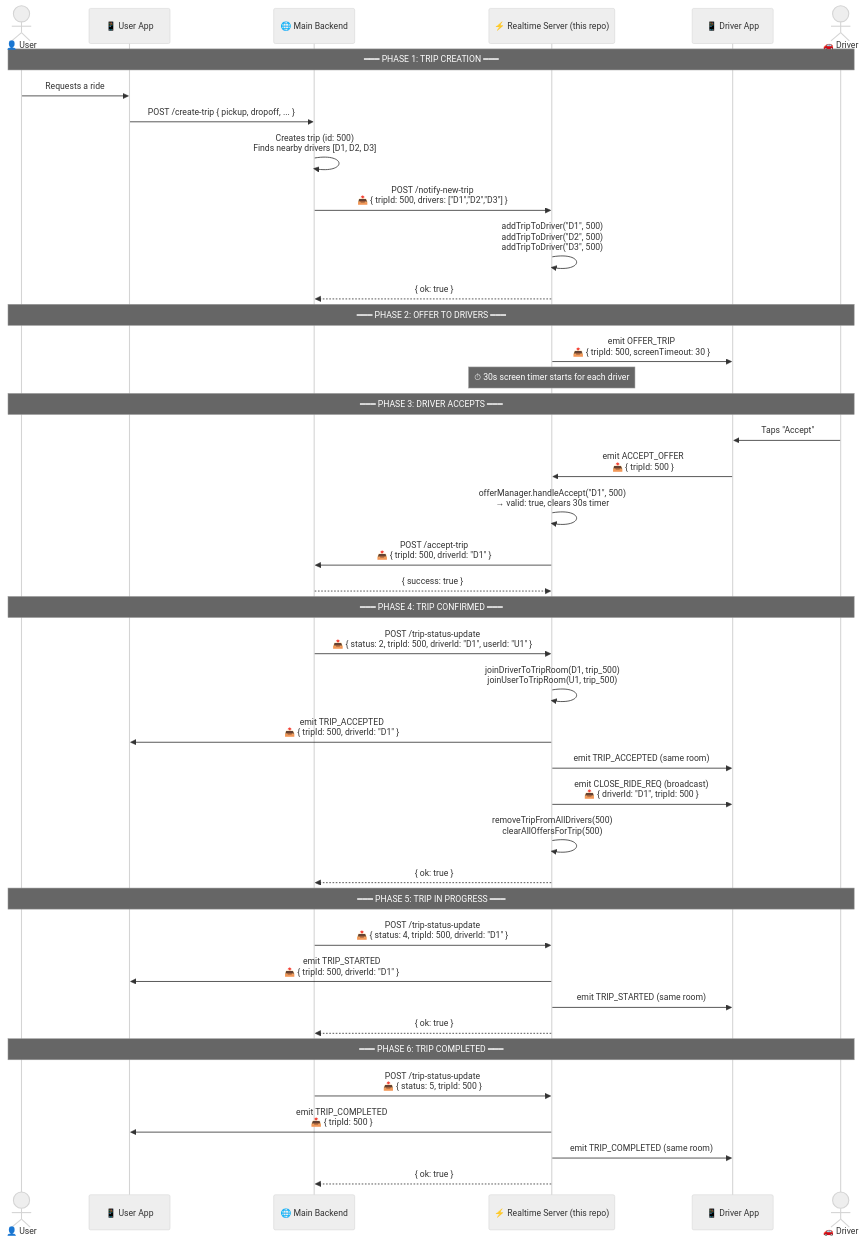
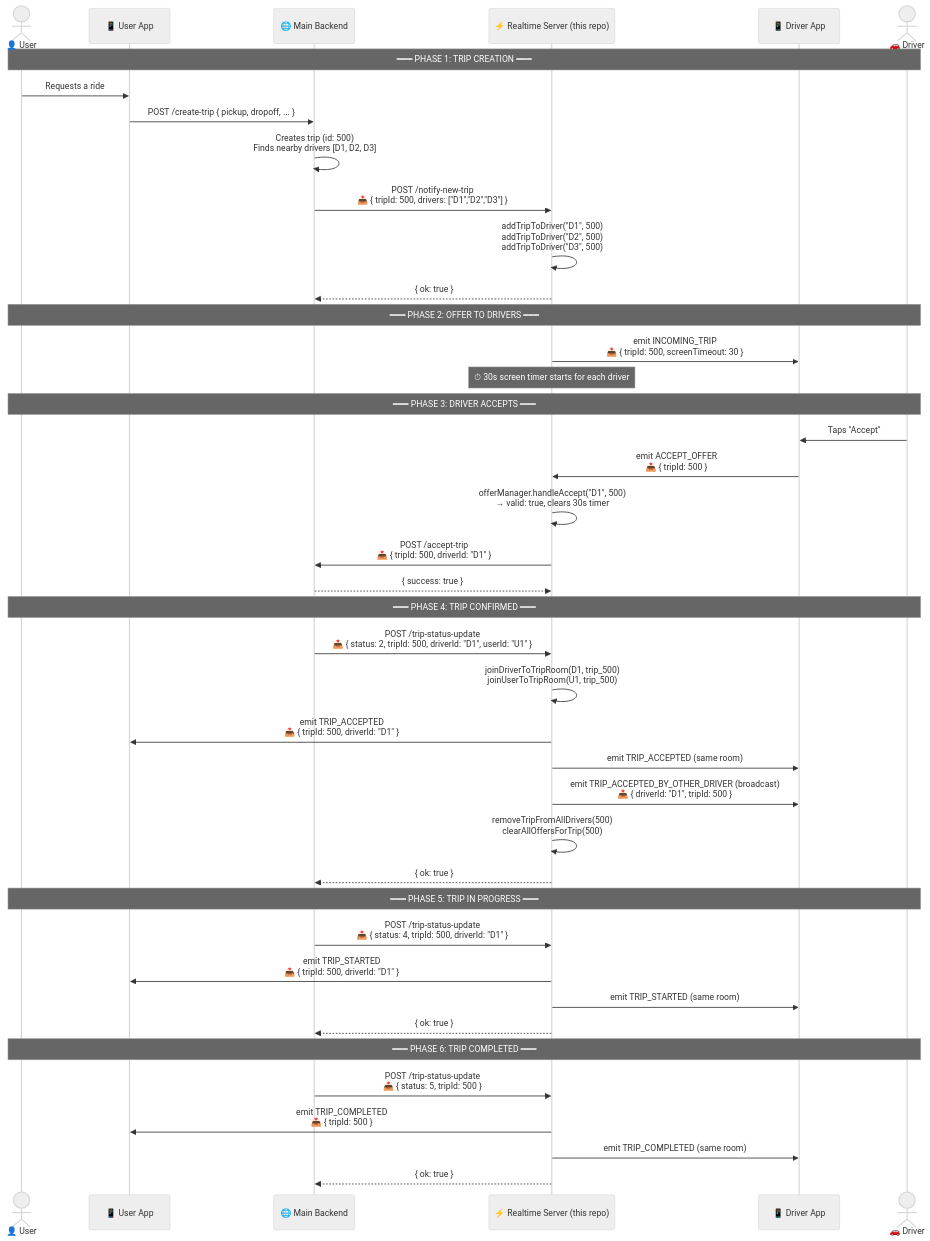
Diagram 11 of 21 in DOCUMENTATION.md (rahul-shaw18/loadgo-nestjs-server), drawn with Mermaid (neutral theme) before and after one commit. The commit also changed other lines of this file and 4 other files, not shown here.

Commit message:
feat: implement TripsGateway and OfferManagerService to handle real-time trip assignment and socket event synchronization

````diff
--- a/DOCUMENTATION.md
+++ b/DOCUMENTATION.md
@@ -559,55 +559,55 @@
 ```mermaid
 sequenceDiagram
     actor User as 👤 User
     participant UA as 📱 User App
     participant BE as 🌐 Main Backend
     participant RS as ⚡ Realtime Server (this repo)
     participant DA as 📱 Driver App
     actor Driver as 🚗 Driver
 
     Note over User,Driver: ━━━ PHASE 1: TRIP CREATION ━━━
 
     User->>UA: Requests a ride
     UA->>BE: POST /create-trip { pickup, dropoff, ... }
     BE->>BE: Creates trip (id: 500)<br/>Finds nearby drivers [D1, D2, D3]
     BE->>RS: POST /notify-new-trip<br/>📤 { tripId: 500, drivers: ["D1","D2","D3"] }
     RS->>RS: addTripToDriver("D1", 500)<br/>addTripToDriver("D2", 500)<br/>addTripToDriver("D3", 500)
     RS-->>BE: { ok: true }
 
     Note over User,Driver: ━━━ PHASE 2: OFFER TO DRIVERS ━━━
 
-    RS->>DA: emit OFFER_TRIP<br/>📤 { tripId: 500, screenTimeout: 30 }
+    RS->>DA: emit INCOMING_TRIP<br/>📤 { tripId: 500, screenTimeout: 30 }
     Note over RS: ⏱ 30s screen timer starts for each driver
 
     Note over User,Driver: ━━━ PHASE 3: DRIVER ACCEPTS ━━━
 
     Driver->>DA: Taps "Accept"
     DA->>RS: emit ACCEPT_OFFER<br/>📤 { tripId: 500 }
     RS->>RS: offerManager.handleAccept("D1", 500)<br/>→ valid: true, clears 30s timer
     RS->>BE: POST /accept-trip<br/>📤 { tripId: 500, driverId: "D1" }
     BE-->>RS: { success: true }
 
     Note over User,Driver: ━━━ PHASE 4: TRIP CONFIRMED ━━━
 
     BE->>RS: POST /trip-status-update<br/>📤 { status: 2, tripId: 500, driverId: "D1", userId: "U1" }
     RS->>RS: joinDriverToTripRoom(D1, trip_500)<br/>joinUserToTripRoom(U1, trip_500)
     RS->>UA: emit TRIP_ACCEPTED<br/>📤 { tripId: 500, driverId: "D1" }
     RS->>DA: emit TRIP_ACCEPTED (same room)
-    RS->>DA: emit CLOSE_RIDE_REQ (broadcast)<br/>📤 { driverId: "D1", tripId: 500 }
+    RS->>DA: emit TRIP_ACCEPTED_BY_OTHER_DRIVER (broadcast)<br/>📤 { driverId: "D1", tripId: 500 }
     RS->>RS: removeTripFromAllDrivers(500)<br/>clearAllOffersForTrip(500)
     RS-->>BE: { ok: true }
 
     Note over User,Driver: ━━━ PHASE 5: TRIP IN PROGRESS ━━━
 
     BE->>RS: POST /trip-status-update<br/>📤 { status: 4, tripId: 500, driverId: "D1" }
     RS->>UA: emit TRIP_STARTED<br/>📤 { tripId: 500, driverId: "D1" }
     RS->>DA: emit TRIP_STARTED (same room)
     RS-->>BE: { ok: true }
 
     Note over User,Driver: ━━━ PHASE 6: TRIP COMPLETED ━━━
 
     BE->>RS: POST /trip-status-update<br/>📤 { status: 5, tripId: 500 }
     RS->>UA: emit TRIP_COMPLETED<br/>📤 { tripId: 500 }
     RS->>DA: emit TRIP_COMPLETED (same room)
     RS-->>BE: { ok: true }
 ```
````
